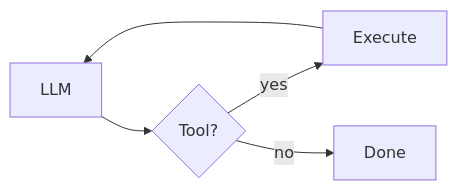
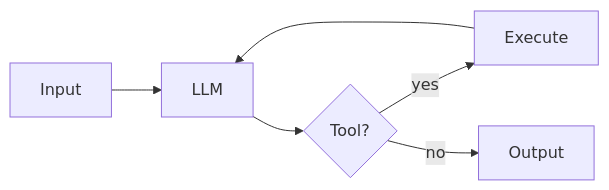
One commit to averagejoeslab/agenteng changed the second of 9 diagrams in README.md. Above: the diagram before and after it, drawn with Mermaid. The commit also changed other lines of this file, not shown here.

First line of the commit message:
docs(readme): give every pattern diagram explicit Input/Output nodes

````diff
--- a/README.md
+++ b/README.md
@@ -40,6 +40,7 @@
 ```mermaid
 flowchart LR
-    A1[LLM] --> A2{Tool?}
+    In[Input] --> A1[LLM]
+    A1 --> A2{Tool?}
     A2 -->|yes| A3[Execute] --> A1
-    A2 -->|no| A4[Done]
+    A2 -->|no| Out[Output]
 ```
````
